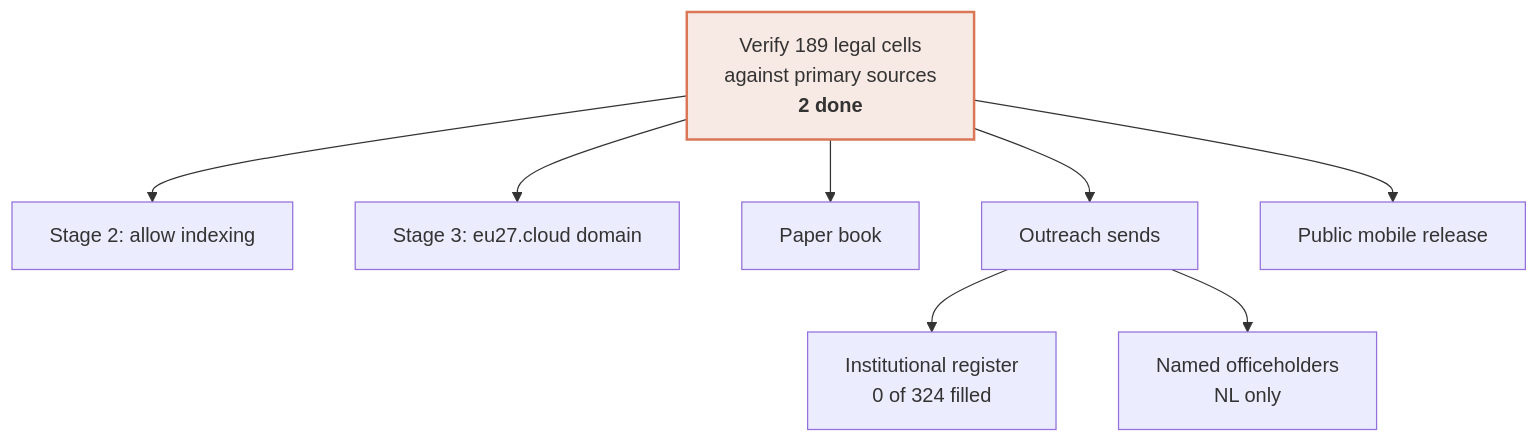
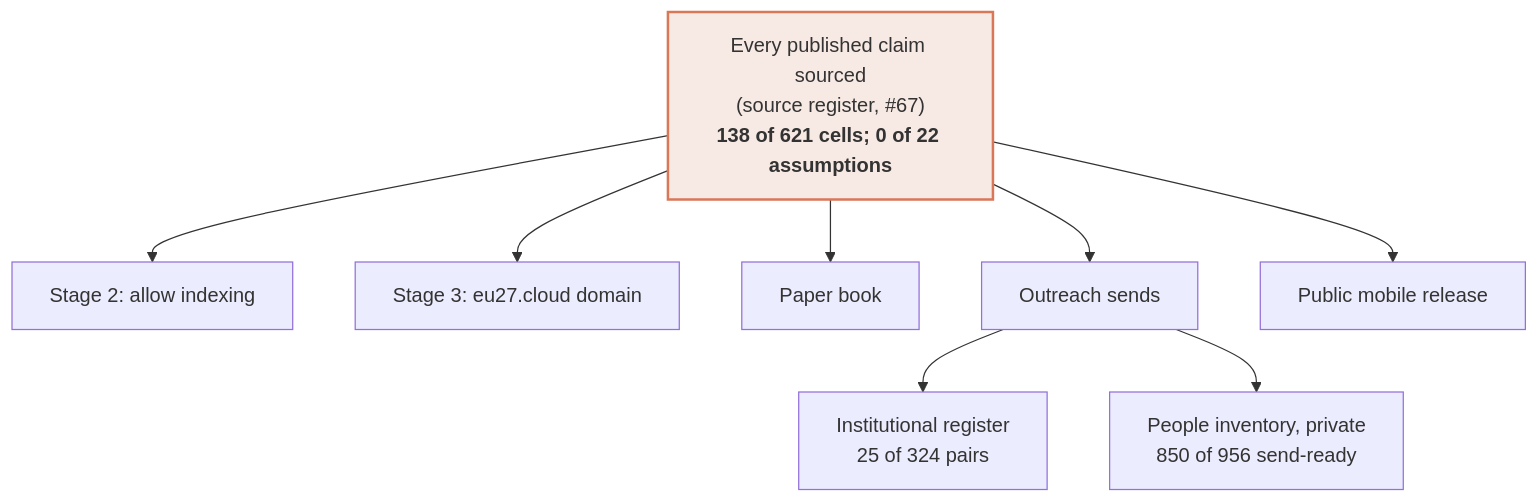
One commit to EU27-data-sovereignty/eu27-data-sovereignty changed the second of 2 diagrams in PROGRESS.md. Above: the diagram before and after it, drawn with Mermaid. The commit also changed other lines of this file and 8 other files, not shown here.

````diff
--- a/PROGRESS.md
+++ b/PROGRESS.md
@@ -286,14 +300,14 @@
 ```mermaid
 flowchart TD
-    V["Verify 189 legal cells<br/>against primary sources<br/><b>2 done</b>"]
+    V["Every published claim sourced<br/>(source register, #67)<br/><b>138 of 621 cells; 0 of 22 assumptions</b>"]
     V --> IDX[Stage 2: allow indexing]
     V --> DOM["Stage 3: eu27.cloud domain"]
     V --> BOOK[Paper book]
     V --> OUT[Outreach sends]
     V --> REL[Public mobile release]
 
-    OUT --> INST[Institutional register<br/>0 of 324 filled]
-    OUT --> PEOPLE[Named officeholders<br/>NL only]
+    OUT --> INST[Institutional register<br/>25 of 324 pairs]
+    OUT --> PEOPLE[People inventory, private<br/>850 of 956 send-ready]
 
     style V fill:#f7e9e3,stroke:#d97757,stroke-width:2px
 ```
````
